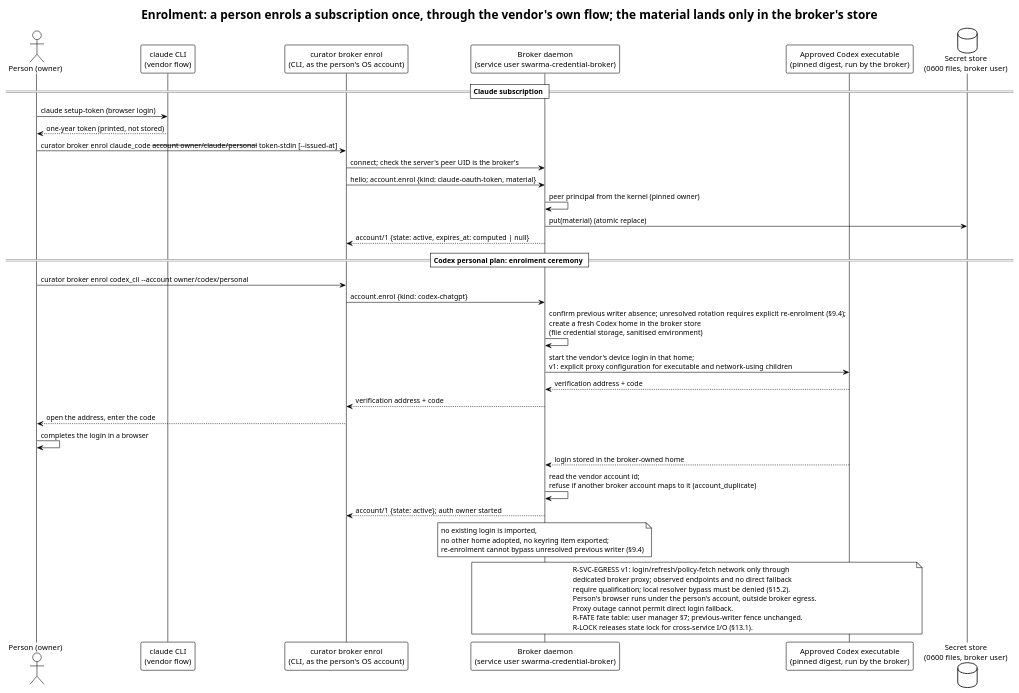
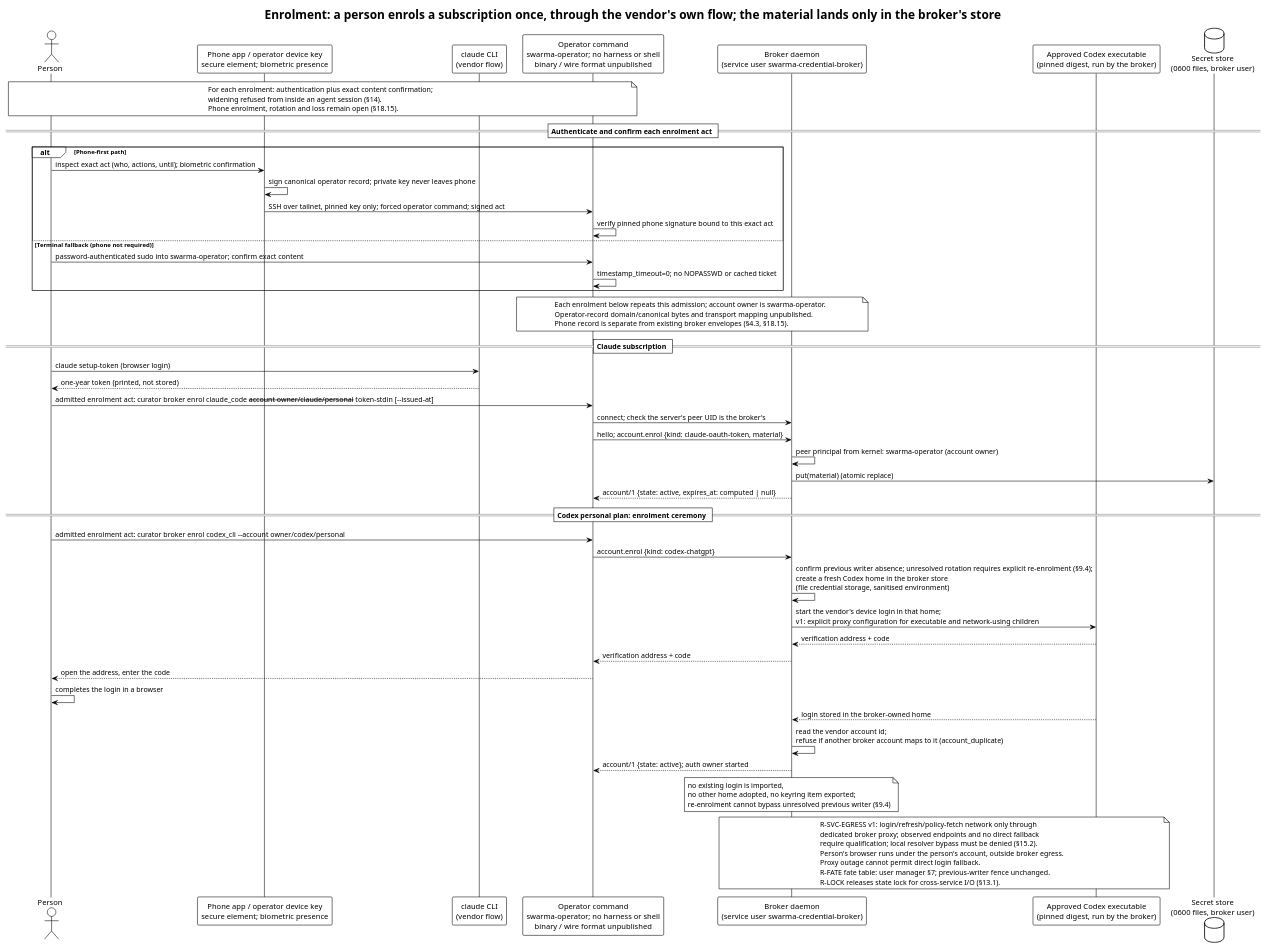
Before and after one commit to relux-works/swarma-credential-broker: the diagram in diagrams/enrol.puml, drawn with PlantUML. The commit also changed 9 other files, not shown here.

First line of the commit message:
Apply the phone-first operator path (F-23) to the broker spec

```diff
--- a/diagrams/enrol.puml
+++ b/diagrams/enrol.puml
@@ -1,44 +1,67 @@
 @startuml enrol
 !theme plain
 title Enrolment: a person enrols a subscription once, through the vendor's own flow; the material lands only in the broker's store
 
-actor "Person (owner)" as P
+actor "Person" as P
+participant "Phone app / operator device key\nsecure element; biometric presence" as Phone
 participant "claude CLI\n(vendor flow)" as V
-participant "curator broker enrol\n(CLI, as the person's OS account)" as C
+participant "Operator command\nswarma-operator; no harness or shell\nbinary / wire format unpublished" as C
 participant "Broker daemon\n(service user swarma-credential-broker)" as B
 participant "Approved Codex executable\n(pinned digest, run by the broker)" as X
 database "Secret store\n(0600 files, broker user)" as S
 
+note over P,C
+  For each enrolment: authentication plus exact content confirmation;
+  widening refused from inside an agent session (§14).
+  Phone enrolment, rotation and loss remain open (§18.15).
+end note
+
+== Authenticate and confirm each enrolment act ==
+alt Phone-first path
+  P -> Phone: inspect exact act (who, actions, until); biometric confirmation
+  Phone -> Phone: sign canonical operator record; private key never leaves phone
+  Phone -> C: SSH over tailnet, pinned key only; forced operator command; signed act
+  C -> C: verify pinned phone signature bound to this exact act
+else Terminal fallback (phone not required)
+  P -> C: password-authenticated sudo into swarma-operator; confirm exact content
+  C -> C: timestamp_timeout=0; no NOPASSWD or cached ticket
+end
+note over C,B
+  Each enrolment below repeats this admission; account owner is swarma-operator.
+  Operator-record domain/canonical bytes and transport mapping unpublished.
+  Phone record is separate from existing broker envelopes (§4.3, §18.15).
+end note
+
 == Claude subscription ==
 P -> V: claude setup-token (browser login)
 V --> P: one-year token (printed, not stored)
-P -> C: curator broker enrol claude_code --account owner/claude/personal --token-stdin [--issued-at]
+P -> C: admitted enrolment act: curator broker enrol claude_code --account owner/claude/personal --token-stdin [--issued-at]
 C -> B: connect; check the server's peer UID is the broker's
 C -> B: hello; account.enrol {kind: claude-oauth-token, material}
-B -> B: peer principal from the kernel (pinned owner)
+B -> B: peer principal from kernel: swarma-operator (account owner)
 B -> S: put(material) (atomic replace)
 B --> C: account/1 {state: active, expires_at: computed | null}
 
 == Codex personal plan: enrolment ceremony ==
-P -> C: curator broker enrol codex_cli --account owner/codex/personal
+P -> C: admitted enrolment act: curator broker enrol codex_cli --account owner/codex/personal
 C -> B: account.enrol {kind: codex-chatgpt}
 B -> B: confirm previous writer absence; unresolved rotation requires explicit re-enrolment (§9.4);\ncreate a fresh Codex home in the broker store\n(file credential storage, sanitised environment)
 B -> X: start the vendor's device login in that home;\nv1: explicit proxy configuration for executable and network-using children
 X --> B: verification address + code
 B --> C: verification address + code
 C --> P: open the address, enter the code
 P -> P: completes the login in a browser
 X --> B: login stored in the broker-owned home
 B -> B: read the vendor account id;\nrefuse if another broker account maps to it (account_duplicate)
 B --> C: account/1 {state: active}; auth owner started
 note over B: no existing login is imported,\nno other home adopted, no keyring item exported;\nre-enrolment cannot bypass unresolved previous writer (§9.4)
 note over B,X
   R-SVC-EGRESS v1: login/refresh/policy-fetch network only through
   dedicated broker proxy; observed endpoints and no direct fallback
   require qualification; local resolver bypass must be denied (§15.2).
   Person's browser runs under the person's account, outside broker egress.
   Proxy outage cannot permit direct login fallback.
   R-FATE fate table: user manager §7; previous-writer fence unchanged.
   R-LOCK releases state lock for cross-service I/O (§13.1).
 end note
 @enduml
```
